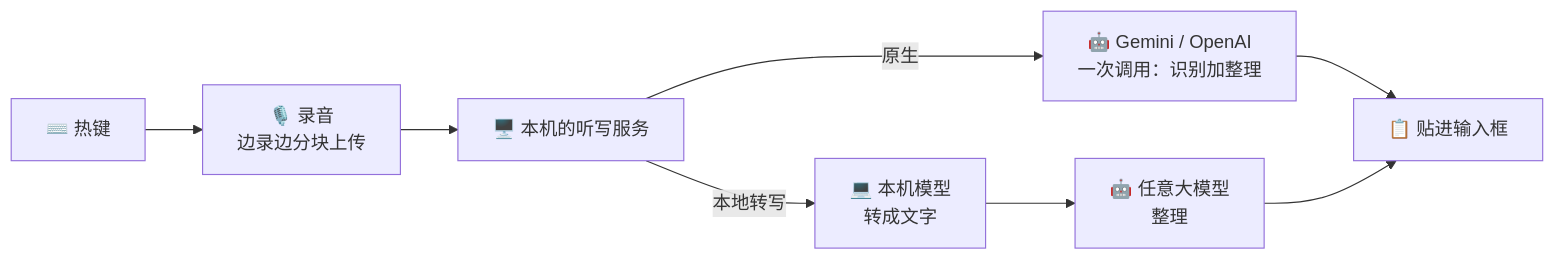
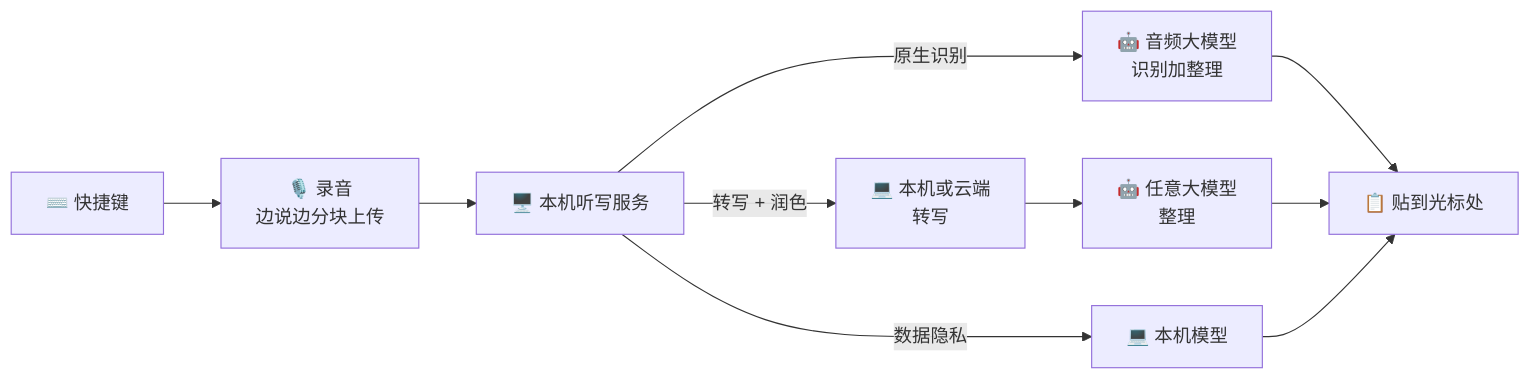
Before and after one commit to GavinMo1/speakmore: the diagram in README.zh-CN.md, drawn with Mermaid. The commit also changed other lines of this file and 12 other files, not shown here.

First line of the commit message:
README 的图放到图片桶：readme-media.mjs 给真窗口截图加 Mac 窗口外框、画下载速度对比和厂商标志墙；upload-media.mjs 加 --prefix、--manifest，README 的图传到 readme/ 下、清单记在 docs/media.json

````diff
--- a/README.zh-CN.md
+++ b/README.zh-CN.md
@@ -106,10 +296,12 @@
 ```mermaid
 flowchart LR
-  A["⌨️ 热键"] --> B["🎙️ 录音<br/>边录边分块上传"]
-  B --> C["🖥️ 本机的听写服务"]
-  C -- 原生 --> D["🤖 Gemini / OpenAI<br/>一次调用：识别加整理"]
-  C -- 本地转写 --> L["💻 本机模型<br/>转成文字"]
+  A["⌨️ 快捷键"] --> B["🎙️ 录音<br/>边说边分块上传"]
+  B --> C["🖥️ 本机听写服务"]
+  C -- 原生识别 --> D["🤖 音频大模型<br/>识别加整理"]
+  C -- 转写 + 润色 --> L["💻 本机或云端<br/>转写"]
   L --> P["🤖 任意大模型<br/>整理"]
-  D --> E["📋 贴进输入框"]
+  C -- 数据隐私 --> Q["💻 本机模型"]
+  D --> E["📋 贴到光标处"]
   P --> E
+  Q --> E
 ```
````
